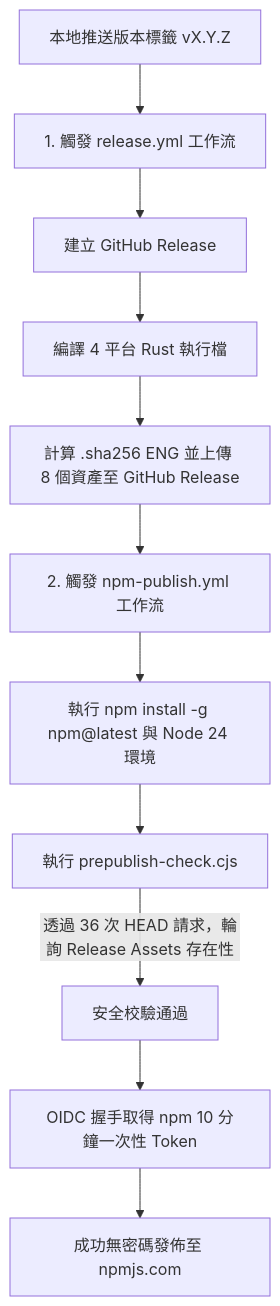
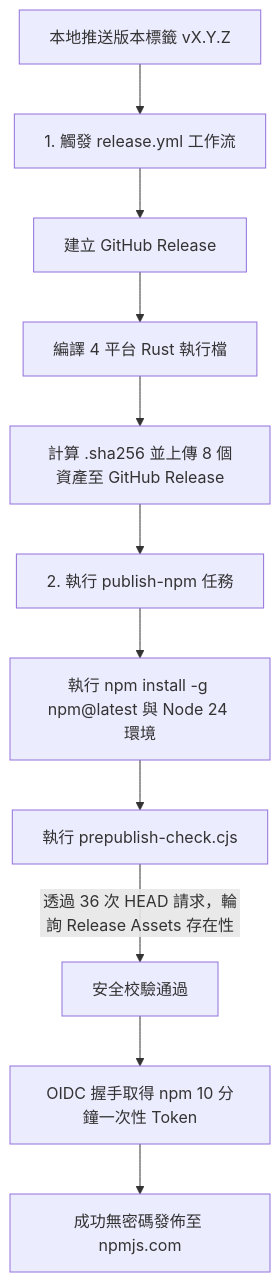
One commit to doggy8088/subembed changed the diagram in .agents/skills/npm-oidc-publish/SKILL.md. Above: the diagram before and after it, drawn with Mermaid. The commit also changed other lines of this file and 8 other files, not shown here.

Commit message:
chore: merge release and publish workflows, bump version to 0.1.5

````diff
--- a/.agents/skills/npm-oidc-publish/SKILL.md
+++ b/.agents/skills/npm-oidc-publish/SKILL.md
@@ -32,13 +32,13 @@
 ```mermaid
 graph TD
     A[本地推送版本標籤 vX.Y.Z] --> B[1. 觸發 release.yml 工作流]
     B --> C[建立 GitHub Release]
     C --> D[編譯 4 平台 Rust 執行檔]
-    D --> E[計算 .sha256 ENG 並上傳 8 個資產至 GitHub Release]
-    E --> F[2. 觸發 npm-publish.yml 工作流]
+    D --> E[計算 .sha256 並上傳 8 個資產至 GitHub Release]
+    E --> F[2. 執行 publish-npm 任務]
     F --> G[執行 npm install -g npm@latest 與 Node 24 環境]
     G --> H[執行 prepublish-check.cjs]
     H -->|透過 36 次 HEAD 請求，輪詢 Release Assets 存在性| I[安全校驗通過]
     I --> J[OIDC 握手取得 npm 10 分鐘一次性 Token]
     J --> K[成功無密碼發佈至 npmjs.com]
 ```
````
